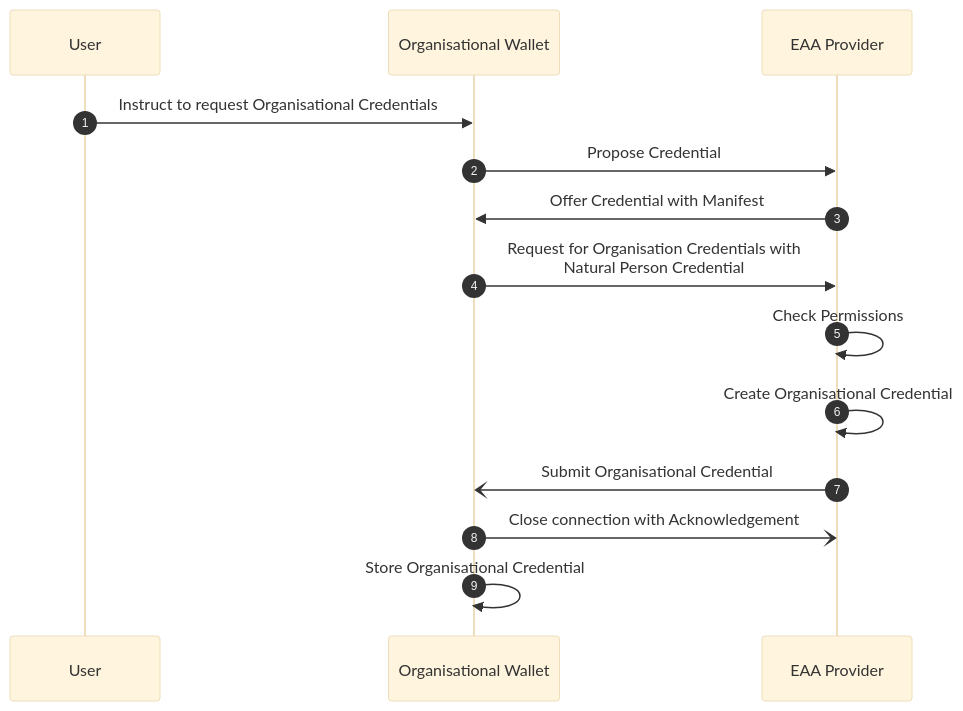
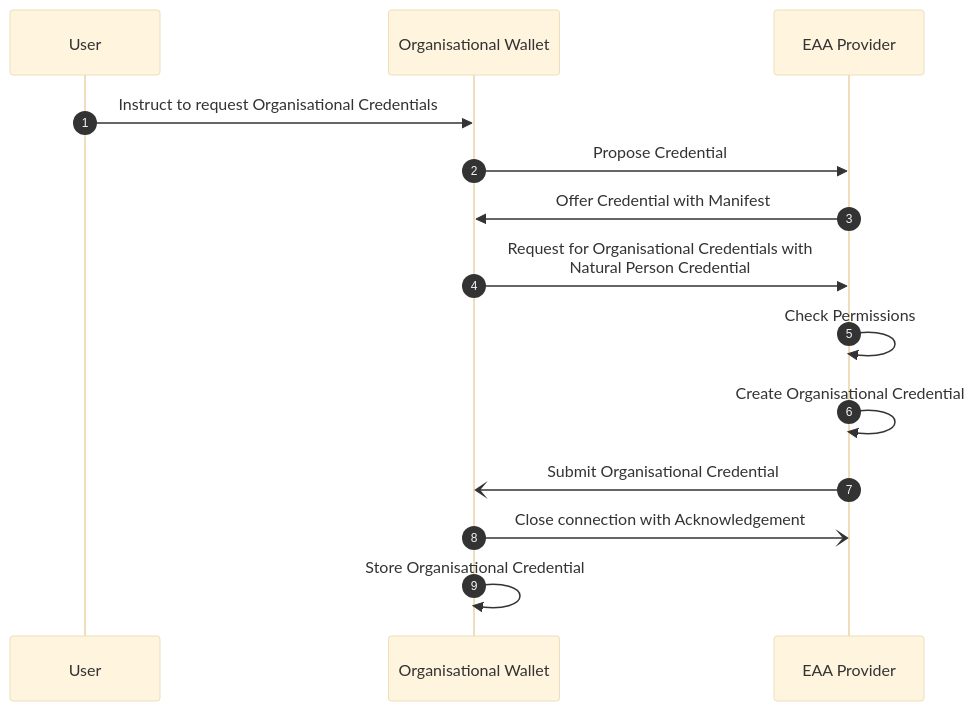
One commit to EWC-consortium/eudi-wallet-rfcs changed the second of 4 diagrams in ewc-rfc010-issue-and-present-organisational-credentials.md. Above: the diagram before and after it, drawn with Mermaid (base theme). The commit also changed other lines of this file, not shown here.

````diff
--- a/ewc-rfc010-issue-and-present-organisational-credentials.md
+++ b/ewc-rfc010-issue-and-present-organisational-credentials.md
@@ -542,18 +542,18 @@
 ```mermaid
 sequenceDiagram
   autonumber
 
   participant User as User
   participant OrgWallet as Organisational Wallet
   participant EAAP as EAA Provider
 
   User->>OrgWallet: Instruct to request Organisational Credentials
   OrgWallet->>EAAP: Propose Credential
   EAAP->>OrgWallet: Offer Credential with Manifest
-  OrgWallet->>EAAP: Request for Organisation Credentials with<br>Natural Person Credential
+  OrgWallet->>EAAP: Request for Organisational Credentials with<br>Natural Person Credential
   EAAP->>EAAP: Check Permissions
   EAAP->>EAAP: Create Organisational Credential
   EAAP-)OrgWallet: Submit Organisational Credential
   OrgWallet-)EAAP: Close connection with Acknowledgement
   OrgWallet->>OrgWallet: Store Organisational Credential
 ```
````
